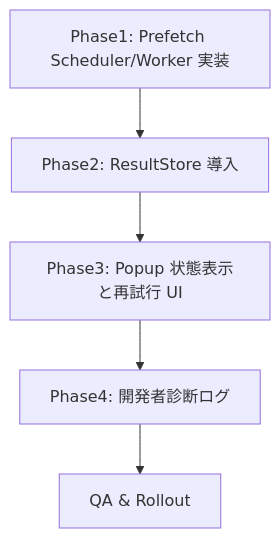
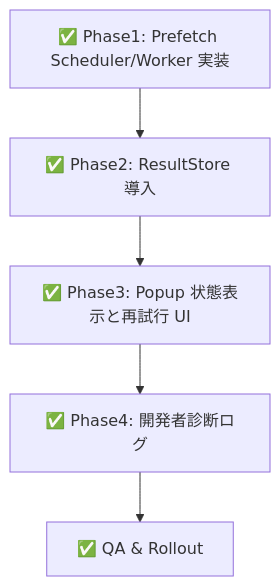
Before and after one commit to nekowasabi/read-aloud-tab: the fourth of 4 diagrams in .kiro/specs/queue-prefetch-summary/design.md, drawn with Mermaid. The commit also changed other lines of this file and 1 other file, not shown here.

`````diff
--- a/.kiro/specs/queue-prefetch-summary/design.md
+++ b/.kiro/specs/queue-prefetch-summary/design.md
@@ -239,7 +262,7 @@
-````mermaid
+```mermaid
 graph TD
-  A[Phase1: Prefetch Scheduler/Worker 実装] --> B[Phase2: ResultStore 導入]
-  B --> C[Phase3: Popup 状態表示と再試行 UI]
-  C --> D[Phase4: 開発者診断ログ]
-  D --> E[QA & Rollout]
-````
+  A["✅ Phase1: Prefetch Scheduler/Worker 実装"] --> B["✅ Phase2: ResultStore 導入"]
+  B --> C["✅ Phase3: Popup 状態表示と再試行 UI"]
+  C --> D["✅ Phase4: 開発者診断ログ"]
+  D --> E["✅ QA & Rollout"]
+```
`````
